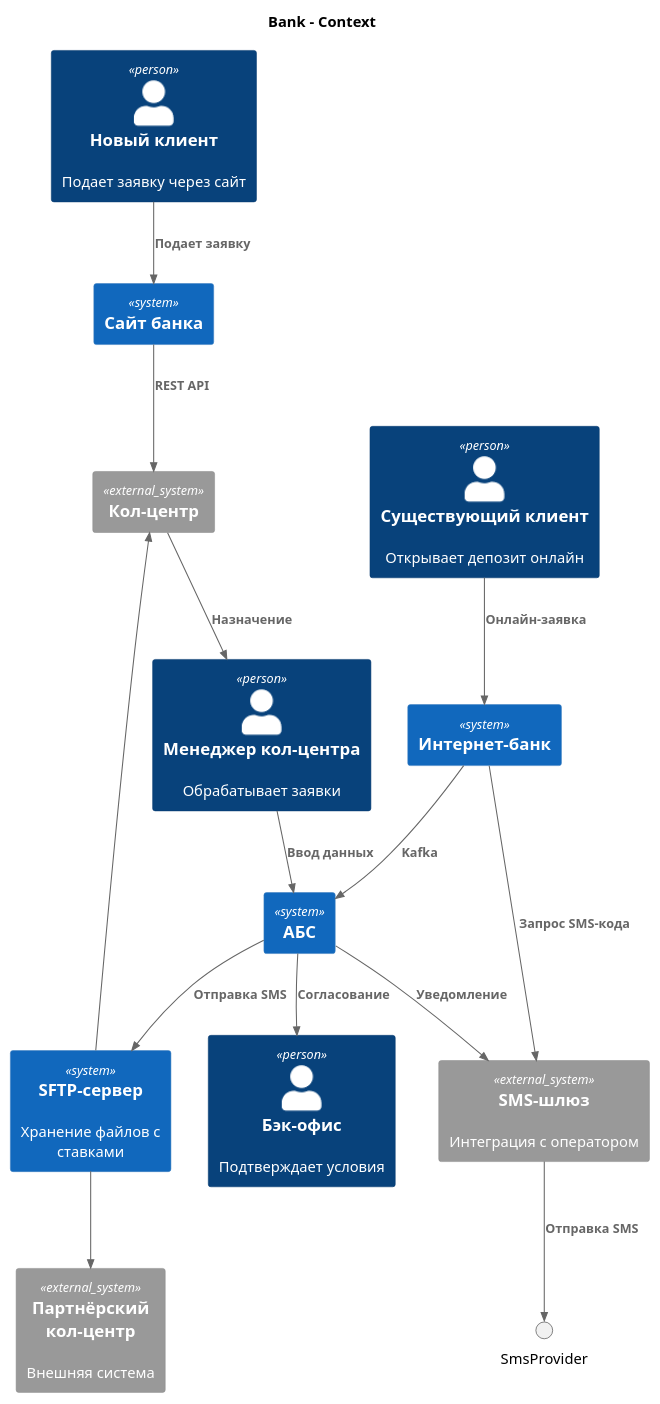
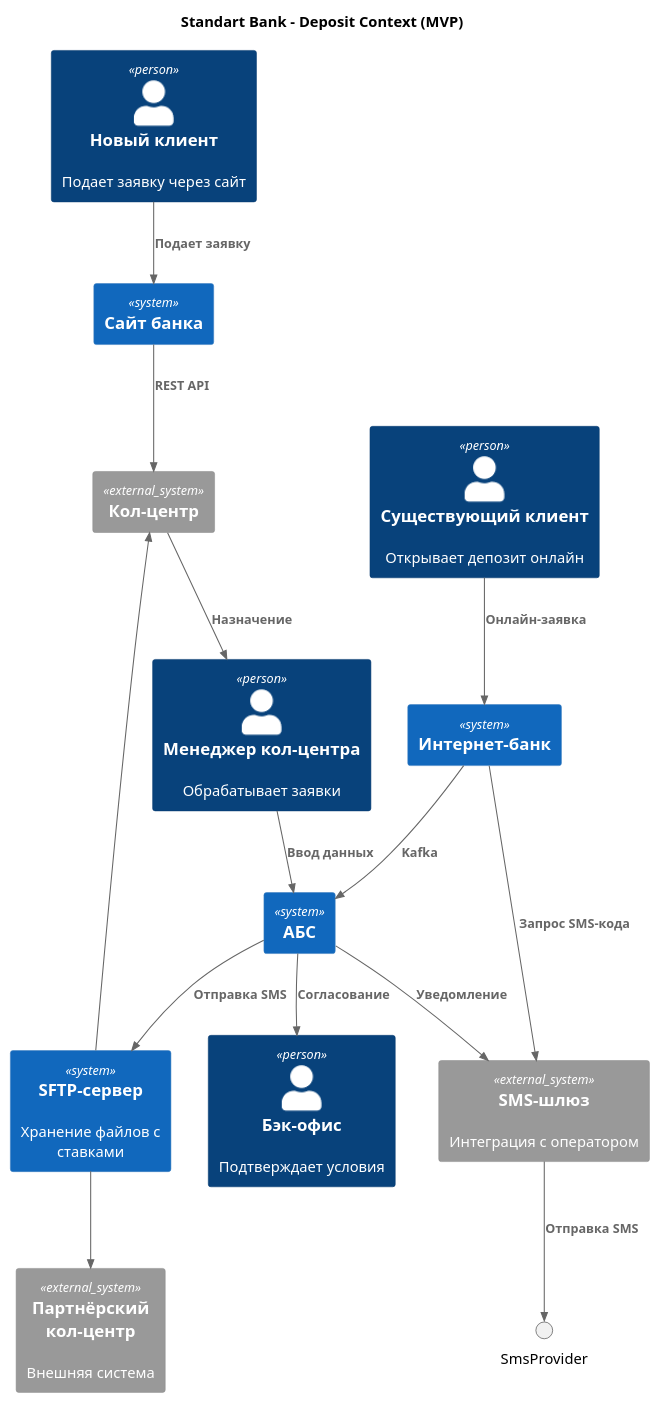
Before and after one commit to andrey5553/architecture-pro-standart: the diagram in Task4/Context.puml, drawn with PlantUML. The commit also changed 7 other files, not shown here.

```diff
--- a/Task4/Context.puml
+++ b/Task4/Context.puml
@@ -1,38 +1,38 @@
 @startuml C4_Context_Diagram
 set separator none
-title Bank - Context
+title Standart Bank - Deposit Context (MVP)
 
 top to bottom direction
 
 !include <C4/C4_Container>
 
 Person(NewClient, "Новый клиент", "Подает заявку через сайт")
 Person(ExistingClient, "Существующий клиент", "Открывает депозит онлайн")
 Person(CallCenterAgent, "Менеджер кол-центра", "Обрабатывает заявки")
 Person(BackOffice, "Бэк-офис", "Подтверждает условия")
 
 System(website, "Сайт банка", "")
 System(InternetBank, "Интернет-банк", "")
 System(ABS, "АБС", "")
 System(SftpServer, "SFTP-сервер", "Хранение файлов с ставками")
 System_Ext(CallCenter, "Кол-центр", "")
 System_Ext(SmsGateway, "SMS-шлюз", "Интеграция с оператором")
 System_Ext(PartnerCallCenter, "Партнёрский кол-центр", "Внешняя система")
 
 
 Rel(NewClient, website, "Подает заявку")
 Rel(website, CallCenter, "REST API")
 Rel(CallCenter, CallCenterAgent, "Назначение")
 Rel(CallCenterAgent, ABS, "Ввод данных")
 
 Rel(ExistingClient, InternetBank, "Онлайн-заявка")
 Rel(InternetBank, ABS, "Kafka")
 Rel(InternetBank, SmsGateway, "Запрос SMS-кода")
 Rel(SmsGateway, SmsProvider, "Отправка SMS")
 Rel(ABS, SftpServer, "Отправка SMS")
 Rel(SftpServer, CallCenter, "")
 Rel(SftpServer, PartnerCallCenter, "")
 
 Rel(ABS, BackOffice, "Согласование")
 Rel(ABS, SmsGateway, "Уведомление")
 @enduml
```
